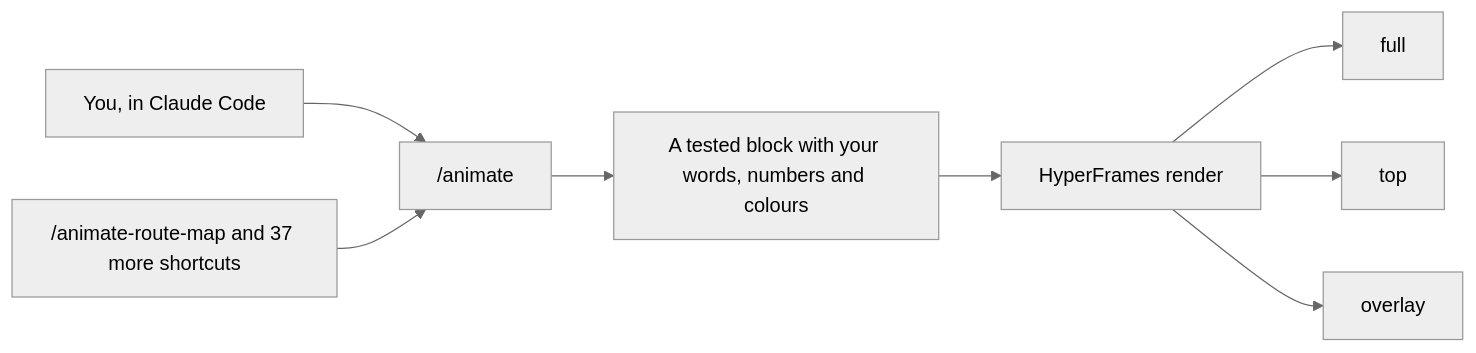
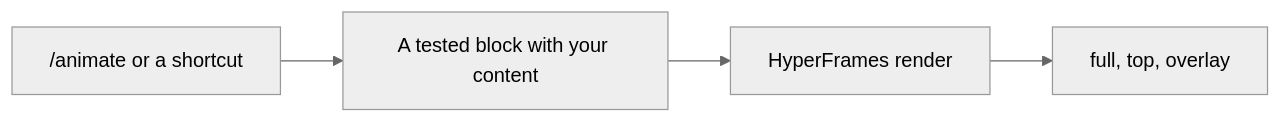
The diagram in README.md (ctskool/chase-animations), drawn with Mermaid (neutral theme) before and after one commit. The commit also changed other lines of this file, not shown here.

Commit message:
Simplify the README diagram and label the systems table

````diff
--- a/README.md
+++ b/README.md
@@ -311,10 +311,6 @@
 ```mermaid
 flowchart LR
-  you["You, in Claude Code"] --> animate["/animate"]
-  shortcut["/animate-route-map and 37 more shortcuts"] --> animate
-  animate --> block["A tested block with your words, numbers and colours"]
+  animate["/animate or a shortcut"] --> block["A tested block with your content"]
   block --> render["HyperFrames render"]
-  render --> full["full"]
-  render --> top["top"]
-  render --> overlay["overlay"]
+  render --> outputs["full, top, overlay"]
 ```
````
